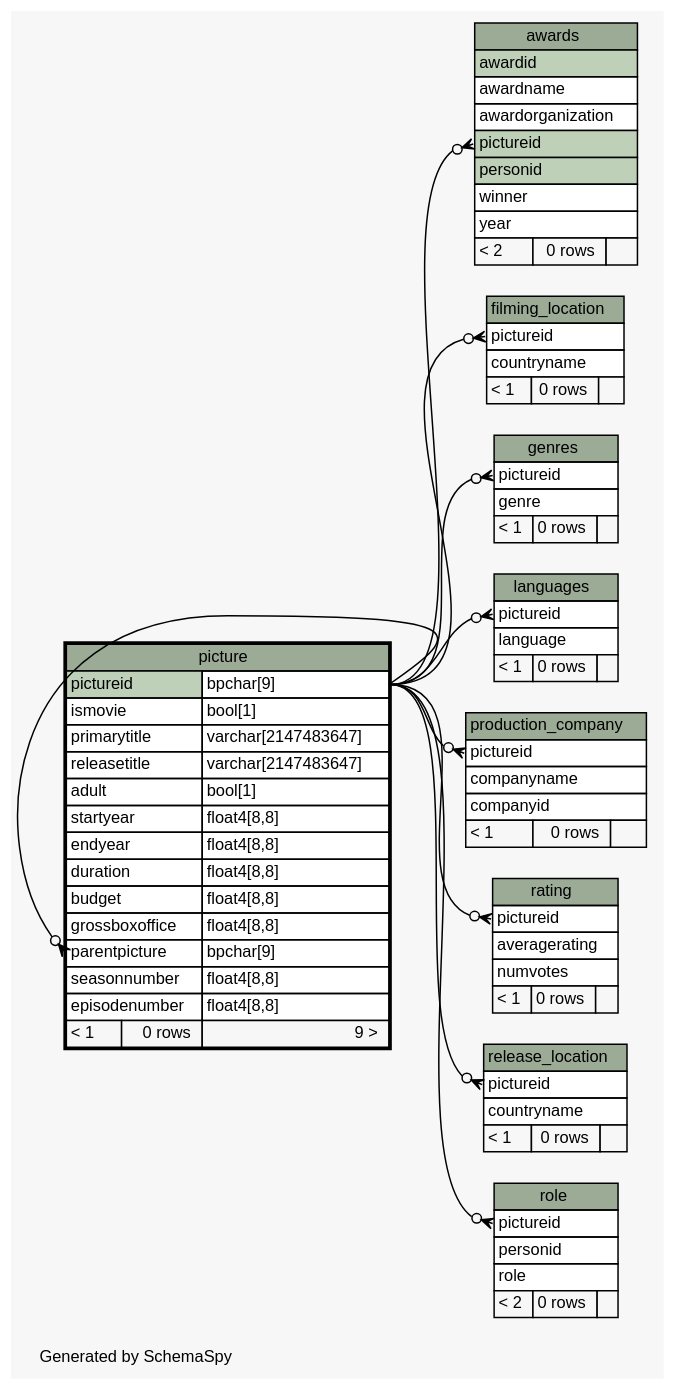
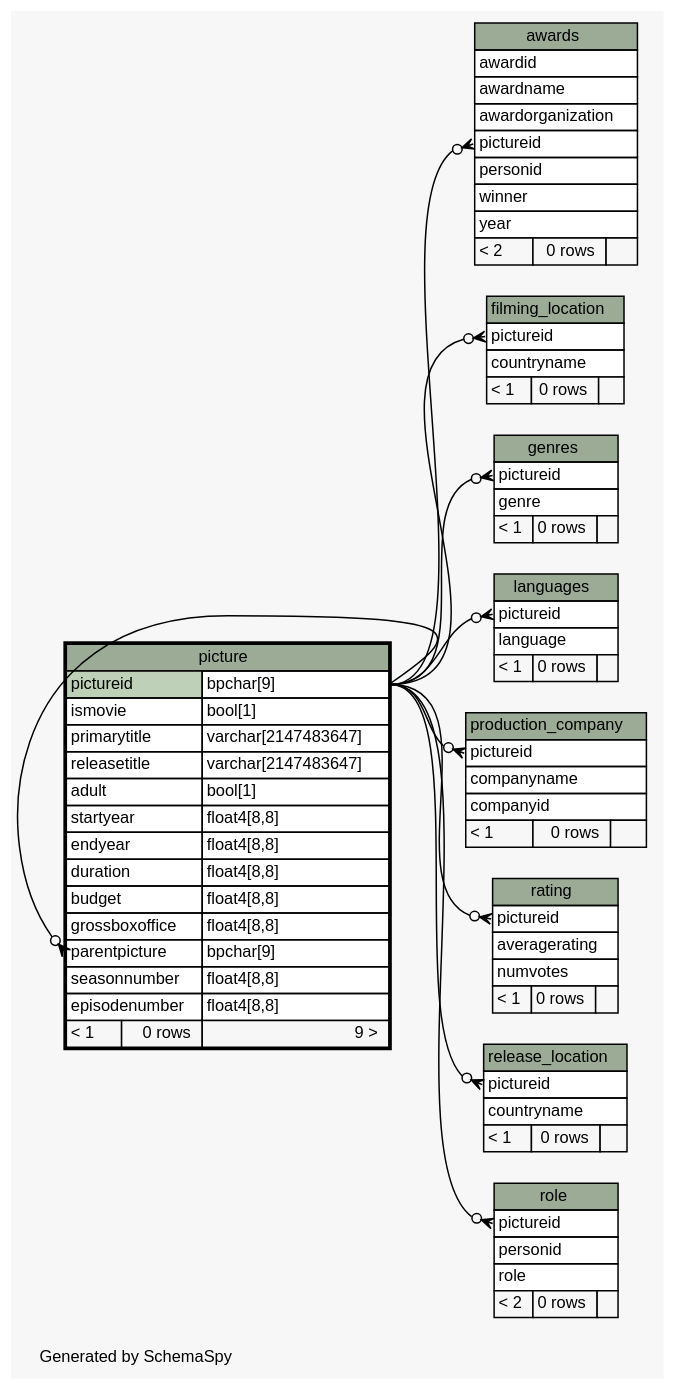
Before and after one commit to sipian/CS3563-DBMS: the diagram in populating-tables/schemaspy/diagrams/picture.1degree.dot, drawn with Graphviz. The commit also changed 38 other files, not shown here.

Commit message:
update dbschema diagram

```diff
--- a/populating-tables/schemaspy/diagrams/picture.1degree.dot
+++ b/populating-tables/schemaspy/diagrams/picture.1degree.dot
@@ -1,149 +1,149 @@
 // dot 2.38.0 on Linux 4.13.0-32-generic
 // SchemaSpy rev 590
 digraph "oneDegreeRelationshipsDiagram" {
   graph [
     rankdir="RL"
     bgcolor="#f7f7f7"
     label="\nGenerated by SchemaSpy"
     labeljust="l"
     nodesep="0.18"
     ranksep="0.46"
     fontname="Helvetica"
     fontsize="11"
   ];
   node [
     fontname="Helvetica"
     fontsize="11"
     shape="plaintext"
   ];
   edge [
     arrowsize="0.8"
   ];
   "awards":"pictureid":w -> "picture":"pictureid.type":e [arrowhead=none dir=back arrowtail=crowodot];
   "filming_location":"pictureid":w -> "picture":"pictureid.type":e [arrowhead=none dir=back arrowtail=crowodot];
   "genres":"pictureid":w -> "picture":"pictureid.type":e [arrowhead=none dir=back arrowtail=crowodot];
   "languages":"pictureid":w -> "picture":"pictureid.type":e [arrowhead=none dir=back arrowtail=crowodot];
   "picture":"parentpicture":w -> "picture":"pictureid.type":e [arrowhead=none dir=back arrowtail=crowodot];
   "production_company":"pictureid":w -> "picture":"pictureid.type":e [arrowhead=none dir=back arrowtail=crowodot];
   "rating":"pictureid":w -> "picture":"pictureid.type":e [arrowhead=none dir=back arrowtail=crowodot];
   "release_location":"pictureid":w -> "picture":"pictureid.type":e [arrowhead=none dir=back arrowtail=crowodot];
   "role":"pictureid":w -> "picture":"pictureid.type":e [arrowhead=none dir=back arrowtail=crowodot];
   "awards" [
     label=<
     <TABLE BORDER="0" CELLBORDER="1" CELLSPACING="0" BGCOLOR="#ffffff">
       <TR><TD COLSPAN="3" BGCOLOR="#9bab96" ALIGN="CENTER">awards</TD></TR>
-      <TR><TD PORT="awardid" COLSPAN="3" BGCOLOR="#bed1b8" ALIGN="LEFT">awardid</TD></TR>
+      <TR><TD PORT="awardid" COLSPAN="3" ALIGN="LEFT">awardid</TD></TR>
       <TR><TD PORT="awardname" COLSPAN="3" ALIGN="LEFT">awardname</TD></TR>
       <TR><TD PORT="awardorganization" COLSPAN="3" ALIGN="LEFT">awardorganization</TD></TR>
-      <TR><TD PORT="pictureid" COLSPAN="3" BGCOLOR="#bed1b8" ALIGN="LEFT">pictureid</TD></TR>
-      <TR><TD PORT="personid" COLSPAN="3" BGCOLOR="#bed1b8" ALIGN="LEFT">personid</TD></TR>
+      <TR><TD PORT="pictureid" COLSPAN="3" ALIGN="LEFT">pictureid</TD></TR>
+      <TR><TD PORT="personid" COLSPAN="3" ALIGN="LEFT">personid</TD></TR>
       <TR><TD PORT="winner" COLSPAN="3" ALIGN="LEFT">winner</TD></TR>
       <TR><TD PORT="year" COLSPAN="3" ALIGN="LEFT">year</TD></TR>
       <TR><TD ALIGN="LEFT" BGCOLOR="#f7f7f7">&lt; 2</TD><TD ALIGN="RIGHT" BGCOLOR="#f7f7f7">0 rows</TD><TD ALIGN="RIGHT" BGCOLOR="#f7f7f7">  </TD></TR>
     </TABLE>>
     URL="awards.html"
     tooltip="awards"
   ];
   "filming_location" [
     label=<
     <TABLE BORDER="0" CELLBORDER="1" CELLSPACING="0" BGCOLOR="#ffffff">
       <TR><TD COLSPAN="3" BGCOLOR="#9bab96" ALIGN="CENTER">filming_location</TD></TR>
       <TR><TD PORT="pictureid" COLSPAN="3" ALIGN="LEFT">pictureid</TD></TR>
       <TR><TD PORT="countryname" COLSPAN="3" ALIGN="LEFT">countryname</TD></TR>
       <TR><TD ALIGN="LEFT" BGCOLOR="#f7f7f7">&lt; 1</TD><TD ALIGN="RIGHT" BGCOLOR="#f7f7f7">0 rows</TD><TD ALIGN="RIGHT" BGCOLOR="#f7f7f7">  </TD></TR>
     </TABLE>>
     URL="filming_location.html"
     tooltip="filming_location"
   ];
   "genres" [
     label=<
     <TABLE BORDER="0" CELLBORDER="1" CELLSPACING="0" BGCOLOR="#ffffff">
       <TR><TD COLSPAN="3" BGCOLOR="#9bab96" ALIGN="CENTER">genres</TD></TR>
       <TR><TD PORT="pictureid" COLSPAN="3" ALIGN="LEFT">pictureid</TD></TR>
       <TR><TD PORT="genre" COLSPAN="3" ALIGN="LEFT">genre</TD></TR>
       <TR><TD ALIGN="LEFT" BGCOLOR="#f7f7f7">&lt; 1</TD><TD ALIGN="RIGHT" BGCOLOR="#f7f7f7">0 rows</TD><TD ALIGN="RIGHT" BGCOLOR="#f7f7f7">  </TD></TR>
     </TABLE>>
     URL="genres.html"
     tooltip="genres"
   ];
   "languages" [
     label=<
     <TABLE BORDER="0" CELLBORDER="1" CELLSPACING="0" BGCOLOR="#ffffff">
       <TR><TD COLSPAN="3" BGCOLOR="#9bab96" ALIGN="CENTER">languages</TD></TR>
       <TR><TD PORT="pictureid" COLSPAN="3" ALIGN="LEFT">pictureid</TD></TR>
       <TR><TD PORT="language" COLSPAN="3" ALIGN="LEFT">language</TD></TR>
       <TR><TD ALIGN="LEFT" BGCOLOR="#f7f7f7">&lt; 1</TD><TD ALIGN="RIGHT" BGCOLOR="#f7f7f7">0 rows</TD><TD ALIGN="RIGHT" BGCOLOR="#f7f7f7">  </TD></TR>
     </TABLE>>
     URL="languages.html"
     tooltip="languages"
   ];
   "picture" [
     label=<
     <TABLE BORDER="2" CELLBORDER="1" CELLSPACING="0" BGCOLOR="#ffffff">
       <TR><TD COLSPAN="3" BGCOLOR="#9bab96" ALIGN="CENTER">picture</TD></TR>
       <TR><TD PORT="pictureid" COLSPAN="2" BGCOLOR="#bed1b8" ALIGN="LEFT">pictureid</TD><TD PORT="pictureid.type" ALIGN="LEFT">bpchar[9]</TD></TR>
       <TR><TD PORT="ismovie" COLSPAN="2" ALIGN="LEFT">ismovie</TD><TD PORT="ismovie.type" ALIGN="LEFT">bool[1]</TD></TR>
       <TR><TD PORT="primarytitle" COLSPAN="2" ALIGN="LEFT">primarytitle</TD><TD PORT="primarytitle.type" ALIGN="LEFT">varchar[2147483647]</TD></TR>
       <TR><TD PORT="releasetitle" COLSPAN="2" ALIGN="LEFT">releasetitle</TD><TD PORT="releasetitle.type" ALIGN="LEFT">varchar[2147483647]</TD></TR>
       <TR><TD PORT="adult" COLSPAN="2" ALIGN="LEFT">adult</TD><TD PORT="adult.type" ALIGN="LEFT">bool[1]</TD></TR>
       <TR><TD PORT="startyear" COLSPAN="2" ALIGN="LEFT">startyear</TD><TD PORT="startyear.type" ALIGN="LEFT">float4[8,8]</TD></TR>
       <TR><TD PORT="endyear" COLSPAN="2" ALIGN="LEFT">endyear</TD><TD PORT="endyear.type" ALIGN="LEFT">float4[8,8]</TD></TR>
       <TR><TD PORT="duration" COLSPAN="2" ALIGN="LEFT">duration</TD><TD PORT="duration.type" ALIGN="LEFT">float4[8,8]</TD></TR>
       <TR><TD PORT="budget" COLSPAN="2" ALIGN="LEFT">budget</TD><TD PORT="budget.type" ALIGN="LEFT">float4[8,8]</TD></TR>
       <TR><TD PORT="grossboxoffice" COLSPAN="2" ALIGN="LEFT">grossboxoffice</TD><TD PORT="grossboxoffice.type" ALIGN="LEFT">float4[8,8]</TD></TR>
       <TR><TD PORT="parentpicture" COLSPAN="2" ALIGN="LEFT">parentpicture</TD><TD PORT="parentpicture.type" ALIGN="LEFT">bpchar[9]</TD></TR>
       <TR><TD PORT="seasonnumber" COLSPAN="2" ALIGN="LEFT">seasonnumber</TD><TD PORT="seasonnumber.type" ALIGN="LEFT">float4[8,8]</TD></TR>
       <TR><TD PORT="episodenumber" COLSPAN="2" ALIGN="LEFT">episodenumber</TD><TD PORT="episodenumber.type" ALIGN="LEFT">float4[8,8]</TD></TR>
       <TR><TD ALIGN="LEFT" BGCOLOR="#f7f7f7">&lt; 1</TD><TD ALIGN="RIGHT" BGCOLOR="#f7f7f7">0 rows</TD><TD ALIGN="RIGHT" BGCOLOR="#f7f7f7">9 &gt;</TD></TR>
     </TABLE>>
     URL="picture.html"
     tooltip="picture"
   ];
   "production_company" [
     label=<
     <TABLE BORDER="0" CELLBORDER="1" CELLSPACING="0" BGCOLOR="#ffffff">
       <TR><TD COLSPAN="3" BGCOLOR="#9bab96" ALIGN="CENTER">production_company</TD></TR>
       <TR><TD PORT="pictureid" COLSPAN="3" ALIGN="LEFT">pictureid</TD></TR>
       <TR><TD PORT="companyname" COLSPAN="3" ALIGN="LEFT">companyname</TD></TR>
       <TR><TD PORT="companyid" COLSPAN="3" ALIGN="LEFT">companyid</TD></TR>
       <TR><TD ALIGN="LEFT" BGCOLOR="#f7f7f7">&lt; 1</TD><TD ALIGN="RIGHT" BGCOLOR="#f7f7f7">0 rows</TD><TD ALIGN="RIGHT" BGCOLOR="#f7f7f7">  </TD></TR>
     </TABLE>>
     URL="production_company.html"
     tooltip="production_company"
   ];
   "rating" [
     label=<
     <TABLE BORDER="0" CELLBORDER="1" CELLSPACING="0" BGCOLOR="#ffffff">
       <TR><TD COLSPAN="3" BGCOLOR="#9bab96" ALIGN="CENTER">rating</TD></TR>
       <TR><TD PORT="pictureid" COLSPAN="3" ALIGN="LEFT">pictureid</TD></TR>
       <TR><TD PORT="averagerating" COLSPAN="3" ALIGN="LEFT">averagerating</TD></TR>
       <TR><TD PORT="numvotes" COLSPAN="3" ALIGN="LEFT">numvotes</TD></TR>
       <TR><TD ALIGN="LEFT" BGCOLOR="#f7f7f7">&lt; 1</TD><TD ALIGN="RIGHT" BGCOLOR="#f7f7f7">0 rows</TD><TD ALIGN="RIGHT" BGCOLOR="#f7f7f7">  </TD></TR>
     </TABLE>>
     URL="rating.html"
     tooltip="rating"
   ];
   "release_location" [
     label=<
     <TABLE BORDER="0" CELLBORDER="1" CELLSPACING="0" BGCOLOR="#ffffff">
       <TR><TD COLSPAN="3" BGCOLOR="#9bab96" ALIGN="CENTER">release_location</TD></TR>
       <TR><TD PORT="pictureid" COLSPAN="3" ALIGN="LEFT">pictureid</TD></TR>
       <TR><TD PORT="countryname" COLSPAN="3" ALIGN="LEFT">countryname</TD></TR>
       <TR><TD ALIGN="LEFT" BGCOLOR="#f7f7f7">&lt; 1</TD><TD ALIGN="RIGHT" BGCOLOR="#f7f7f7">0 rows</TD><TD ALIGN="RIGHT" BGCOLOR="#f7f7f7">  </TD></TR>
     </TABLE>>
     URL="release_location.html"
     tooltip="release_location"
   ];
   "role" [
     label=<
     <TABLE BORDER="0" CELLBORDER="1" CELLSPACING="0" BGCOLOR="#ffffff">
       <TR><TD COLSPAN="3" BGCOLOR="#9bab96" ALIGN="CENTER">role</TD></TR>
       <TR><TD PORT="pictureid" COLSPAN="3" ALIGN="LEFT">pictureid</TD></TR>
       <TR><TD PORT="personid" COLSPAN="3" ALIGN="LEFT">personid</TD></TR>
       <TR><TD PORT="role" COLSPAN="3" ALIGN="LEFT">role</TD></TR>
       <TR><TD ALIGN="LEFT" BGCOLOR="#f7f7f7">&lt; 2</TD><TD ALIGN="RIGHT" BGCOLOR="#f7f7f7">0 rows</TD><TD ALIGN="RIGHT" BGCOLOR="#f7f7f7">  </TD></TR>
     </TABLE>>
     URL="role.html"
     tooltip="role"
   ];
 }
```
